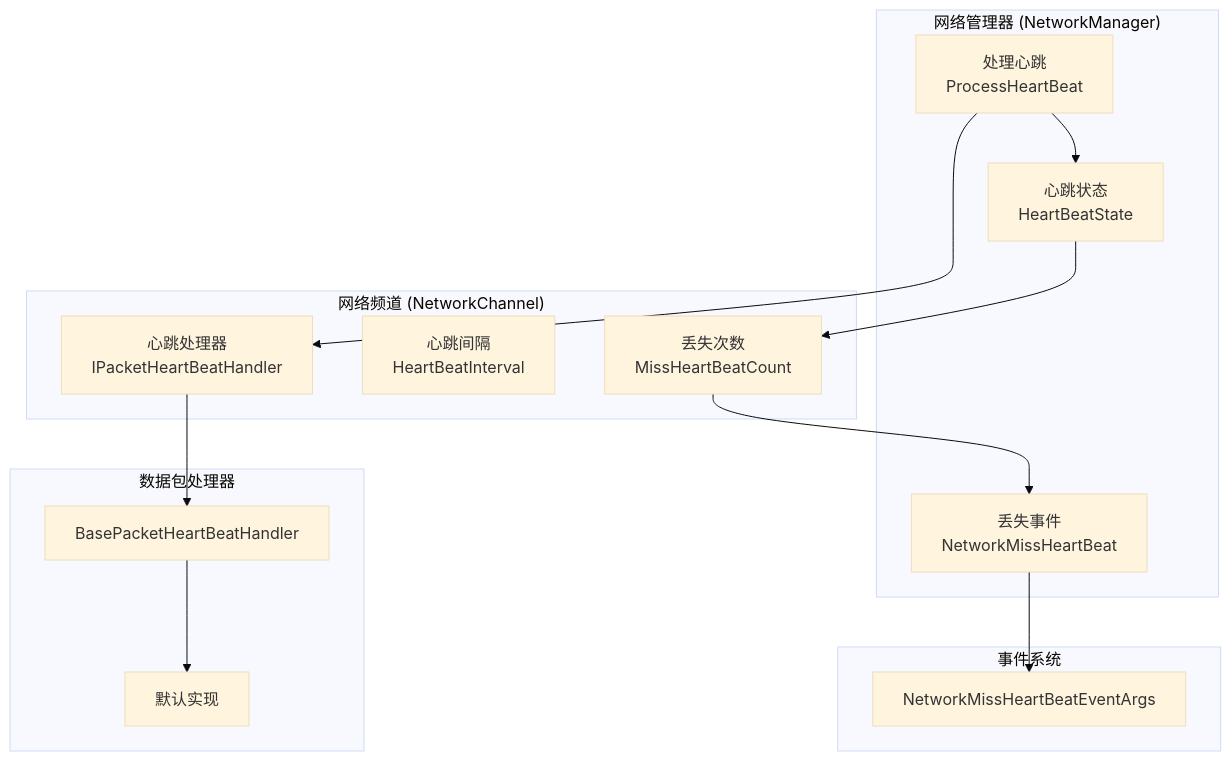
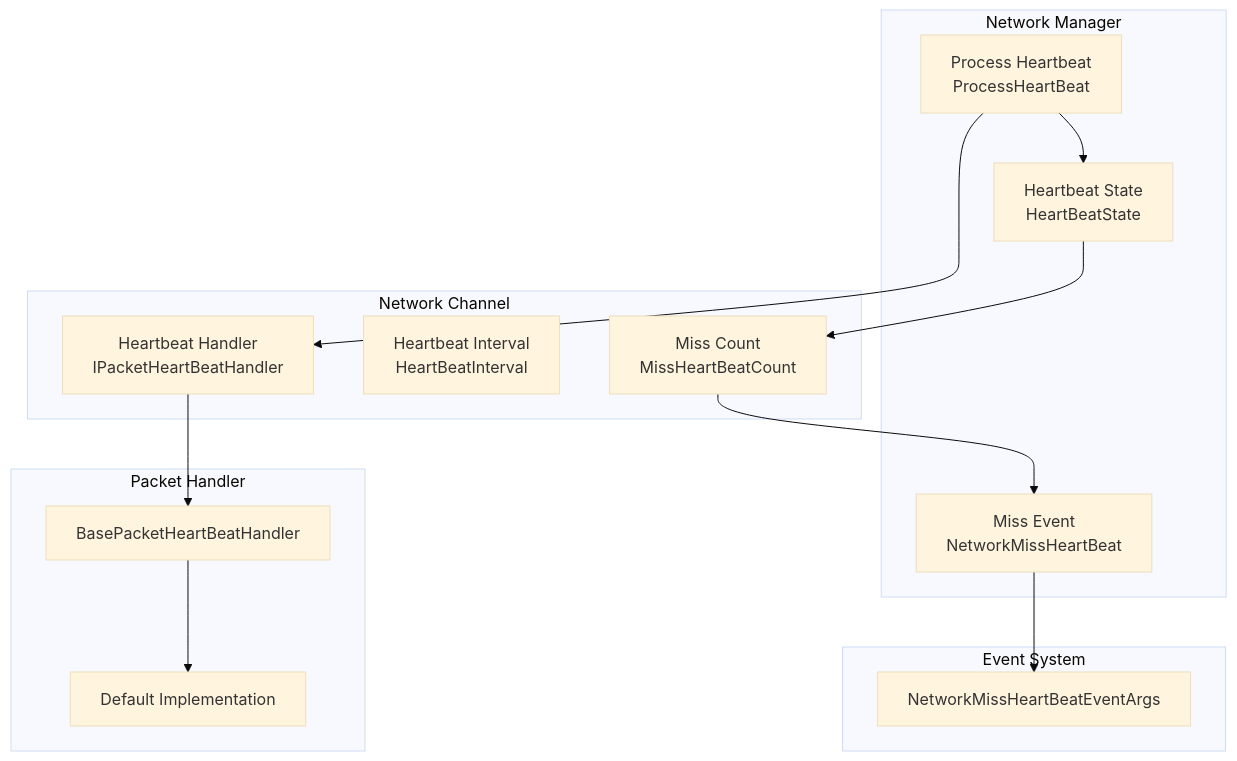
Before and after one commit to AlianBlank/GameFrameX.Docs: the first of 2 diagrams in docs/en/client/unity/component/network/09.heartbeat.md, drawn with Mermaid (base theme). The commit also changed other lines of this file and 242 other files, not shown here.

````diff
--- a/docs/en/client/unity/component/network/09.heartbeat.md
+++ b/docs/en/client/unity/component/network/09.heartbeat.md
@@ -20,31 +20,31 @@
 ```mermaid
 graph TD
-    subgraph NetworkManager["网络管理器 (NetworkManager)"]
-        HBState["心跳状态<br/>HeartBeatState"]
-        ProcessHB["处理心跳<br/>ProcessHeartBeat"]
-        MissEvent["丢失事件<br/>NetworkMissHeartBeat"]
+    subgraph NetworkManager["Network Manager"]
+        HBState["Heartbeat State<br/>HeartBeatState"]
+        ProcessHB["Process Heartbeat<br/>ProcessHeartBeat"]
+        MissEvent["Miss Event<br/>NetworkMissHeartBeat"]
     end
 
-    subgraph NetworkChannel["网络频道 (NetworkChannel)"]
-        HBHandler["心跳处理器<br/>IPacketHeartBeatHandler"]
-        HBInterval["心跳间隔<br/>HeartBeatInterval"]
-        MissCount["丢失次数<br/>MissHeartBeatCount"]
+    subgraph NetworkChannel["Network Channel"]
+        HBHandler["Heartbeat Handler<br/>IPacketHeartBeatHandler"]
+        HBInterval["Heartbeat Interval<br/>HeartBeatInterval"]
+        MissCount["Miss Count<br/>MissHeartBeatCount"]
     end
 
-    subgraph PacketHandler["数据包处理器"]
+    subgraph PacketHandler["Packet Handler"]
         BaseHB["BasePacketHeartBeatHandler"]
-        DefHB["默认实现"]
+        DefHB["Default Implementation"]
     end
 
-    subgraph Event["事件系统"]
+    subgraph Event["Event System"]
         EventArgs["NetworkMissHeartBeatEventArgs"]
     end
 
     ProcessHB --> HBState
     ProcessHB --> HBHandler
     HBHandler --> BaseHB
     BaseHB --> DefHB
     HBState --> MissCount
     MissCount --> MissEvent
     MissEvent --> EventArgs
 ```
````
